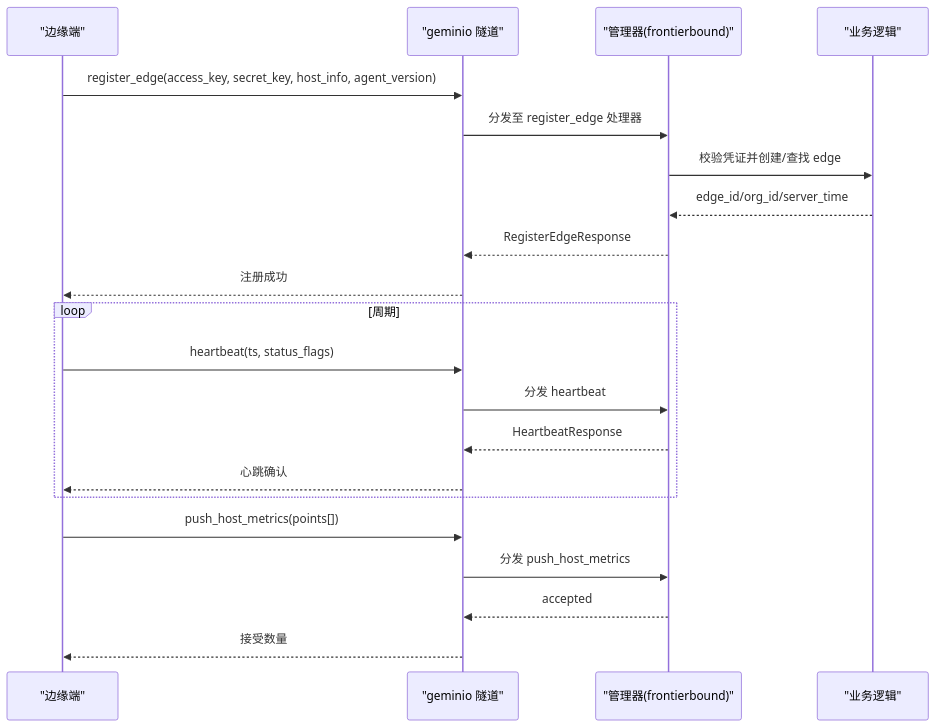
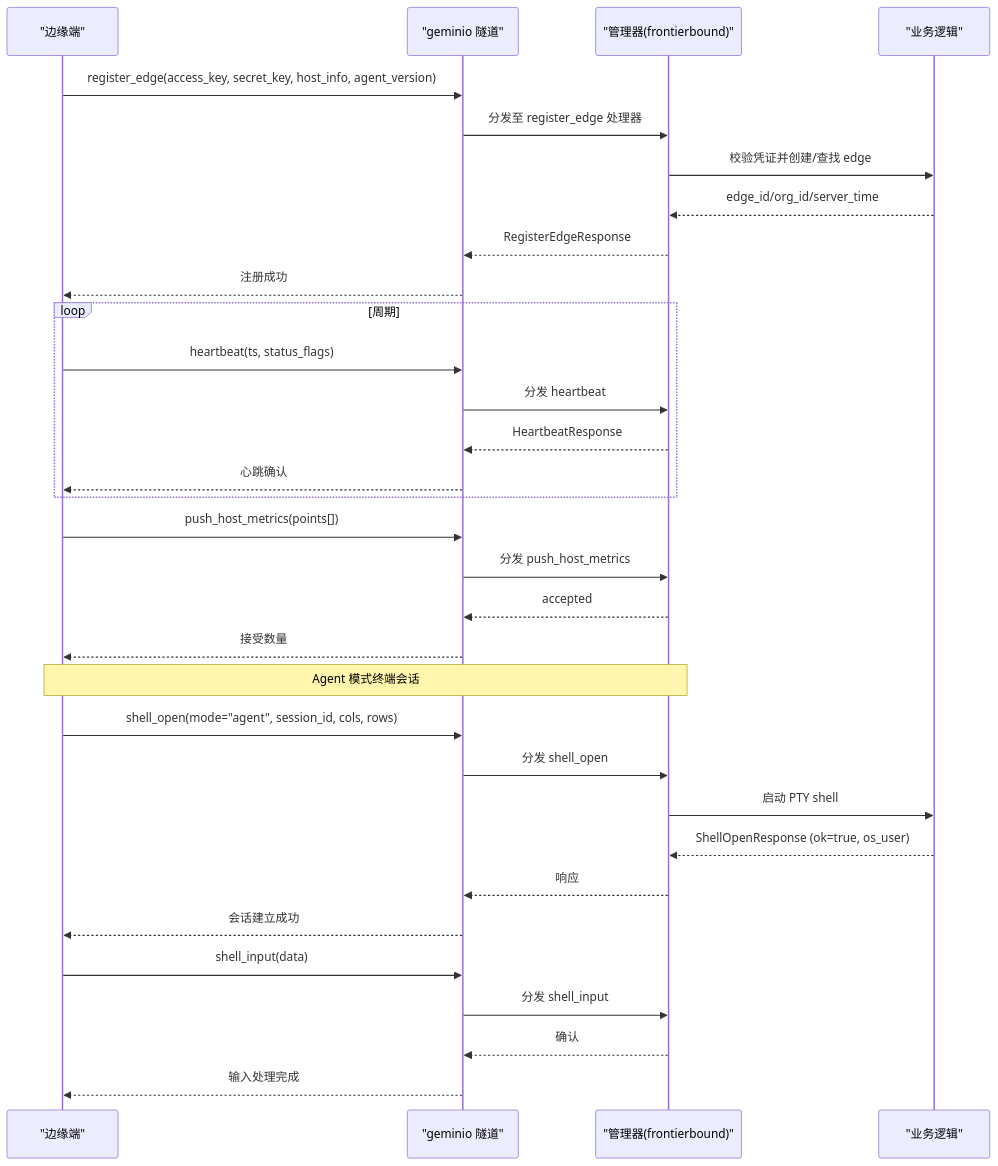
One commit to xied1133-oss/ongrid changed the sixth of 7 diagrams in .qoder/repowiki/zh/content/架构设计/通信协议设计/通信协议设计.md. Above: the diagram before and after it, drawn with Mermaid. The commit also changed other lines of this file and 131 other files, not shown here.

````diff
--- a/.qoder/repowiki/zh/content/架构设计/通信协议设计/通信协议设计.md
+++ b/.qoder/repowiki/zh/content/架构设计/通信协议设计/通信协议设计.md
@@ -242,23 +280,34 @@
 ```mermaid
 sequenceDiagram
 participant Edge as "边缘端"
 participant Tunnel as "geminio 隧道"
 participant Mgr as "管理器(frontierbound)"
 participant Biz as "业务逻辑"
 Edge->>Tunnel : register_edge(access_key, secret_key, host_info, agent_version)
 Tunnel->>Mgr : 分发至 register_edge 处理器
 Mgr->>Biz : 校验凭证并创建/查找 edge
 Biz-->>Mgr : edge_id/org_id/server_time
 Mgr-->>Tunnel : RegisterEdgeResponse
 Tunnel-->>Edge : 注册成功
 loop 周期
 Edge->>Tunnel : heartbeat(ts, status_flags)
 Tunnel->>Mgr : 分发 heartbeat
 Mgr-->>Tunnel : HeartbeatResponse
 Tunnel-->>Edge : 心跳确认
 end
 Edge->>Tunnel : push_host_metrics(points[])
 Tunnel->>Mgr : 分发 push_host_metrics
 Mgr-->>Tunnel : accepted
 Tunnel-->>Edge : 接受数量
+Note over Edge,Mgr : Agent 模式终端会话
+Edge->>Tunnel : shell_open(mode="agent", session_id, cols, rows)
+Tunnel->>Mgr : 分发 shell_open
+Mgr->>Biz : 启动 PTY shell
+Biz-->>Mgr : ShellOpenResponse (ok=true, os_user)
+Mgr-->>Tunnel : 响应
+Tunnel-->>Edge : 会话建立成功
+Edge->>Tunnel : shell_input(data)
+Tunnel->>Mgr : 分发 shell_input
+Mgr-->>Tunnel : 确认
+Tunnel-->>Edge : 输入处理完成
 ```
````
